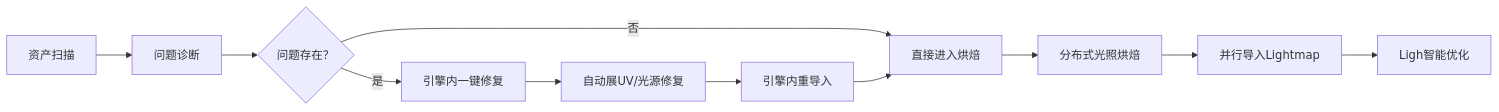
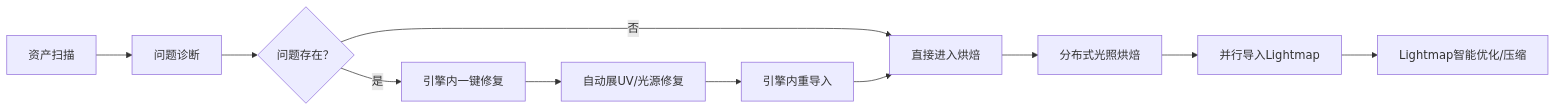
Before and after one commit to archieluan/iodraw-files: the diagram in all/未命名-3.md, drawn with Mermaid.

Commit message:
2025-06-10 17:17:50 update

````diff
--- a/all/未命名-3.md
+++ b/all/未命名-3.md
@@ -1,13 +1,13 @@
 ```mermaid
 graph LR
     A[资产扫描] --> B[问题诊断]
     B --> C{问题存在？}
     C -->|是| D[引擎内一键修复]
     C -->|否| E[直接进入烘焙]
     D --> F[自动展UV/光源修复]
     F --> G[引擎内重导入]
     G --> E
     E --> H[分布式光照烘焙]
     H --> I[并行导入Lightmap]
-    I --> J[Ligh智能优化]
+    I --> J[Lightmap智能优化/压缩]
 ```
````
